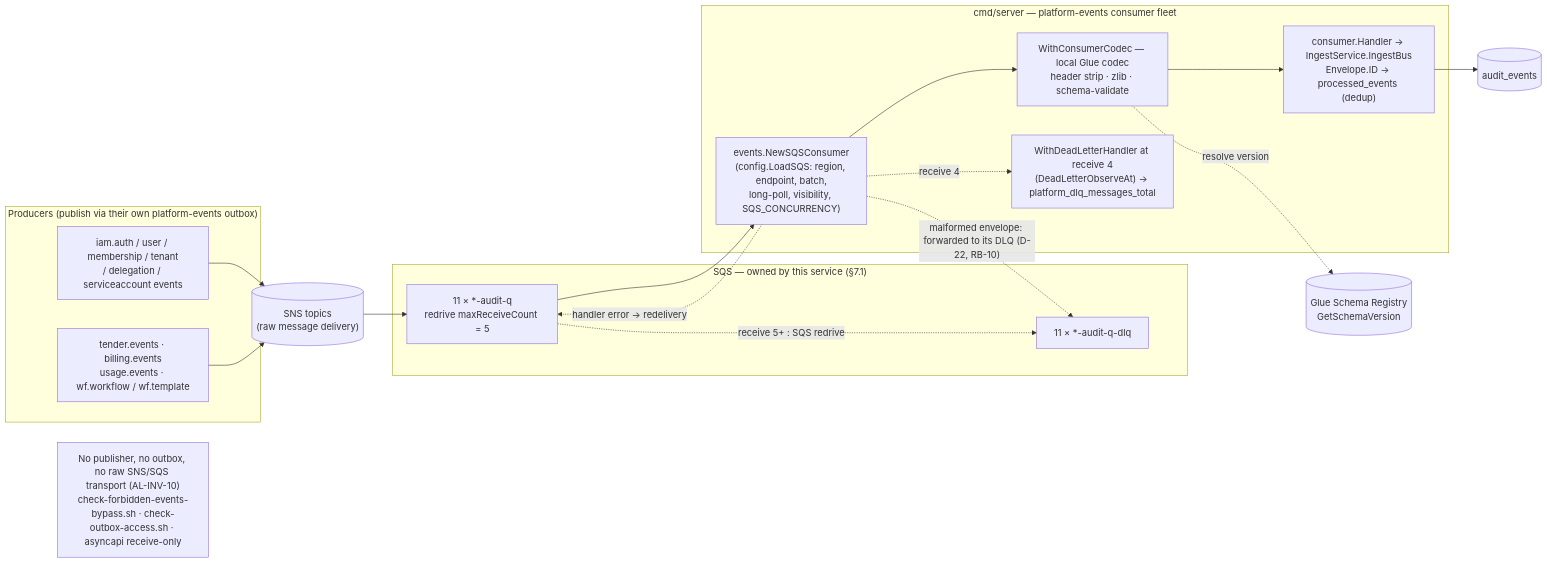
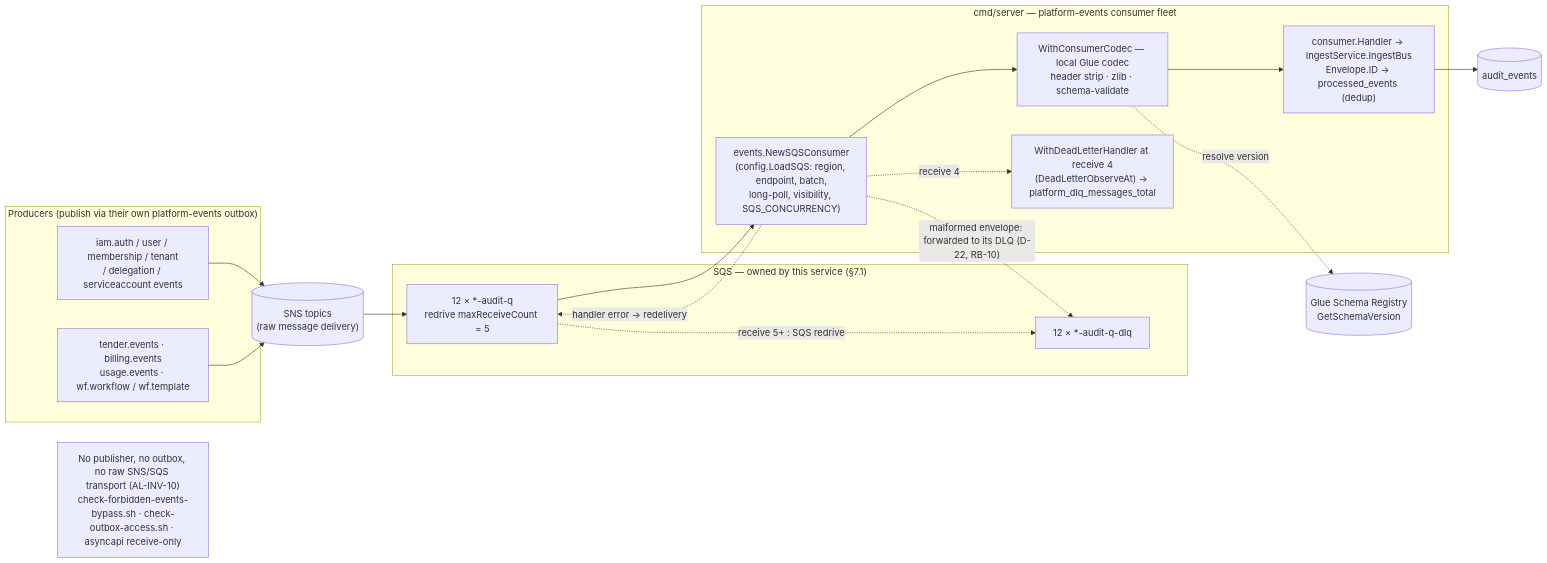
The diagram in docs/architecture/mermaid/event-consumption-flow.mmd (BCBP-SOLUTIONS-FZC-LLC/iam-audit-log), drawn with Mermaid before and after one commit. The commit also changed 40 other files, not shown here.

```diff
--- a/docs/architecture/mermaid/event-consumption-flow.mmd
+++ b/docs/architecture/mermaid/event-consumption-flow.mmd
@@ -1,33 +1,33 @@
 flowchart LR
     subgraph producers["Producers (publish via their own platform-events outbox)"]
         P1["iam.auth / user / membership / tenant\n/ delegation / serviceaccount events"]
         P2["tender.events · billing.events\nusage.events · wf.workflow / wf.template"]
     end
     SNS[("SNS topics\n(raw message delivery)")]
     subgraph queues["SQS — owned by this service (§7.1)"]
-        Q["11 × *-audit-q\nredrive maxReceiveCount = 5"]
-        DLQ["11 × *-audit-q-dlq"]
+        Q["12 × *-audit-q\nredrive maxReceiveCount = 5"]
+        DLQ["12 × *-audit-q-dlq"]
     end
     subgraph server["cmd/server — platform-events consumer fleet"]
         C["events.NewSQSConsumer\n(config.LoadSQS: region, endpoint, batch,\nlong-poll, visibility, SQS_CONCURRENCY)"]
         CODEC["WithConsumerCodec — local Glue codec\nheader strip · zlib · schema-validate"]
         H["consumer.Handler → IngestService.IngestBus\nEnvelope.ID → processed_events (dedup)"]
         OBS["WithDeadLetterHandler at receive 4\n(DeadLetterObserveAt) → platform_dlq_messages_total"]
     end
     GLUE[("Glue Schema Registry\nGetSchemaVersion")]
     PG[("audit_events")]
 
     P1 --> SNS
     P2 --> SNS
     SNS --> Q
     Q --> C
     C --> CODEC
     CODEC -. "resolve version" .-> GLUE
     CODEC --> H
     H --> PG
     C -. "handler error → redelivery" .-> Q
     C -. "receive 4" .-> OBS
     Q -. "receive 5+ : SQS redrive" .-> DLQ
     C -. "malformed envelope: forwarded to its DLQ (D-22, RB-10)" .-> DLQ
 
     NOPUB["No publisher, no outbox, no raw SNS/SQS transport (AL-INV-10)\ncheck-forbidden-events-bypass.sh · check-outbox-access.sh · asyncapi receive-only"]
```
